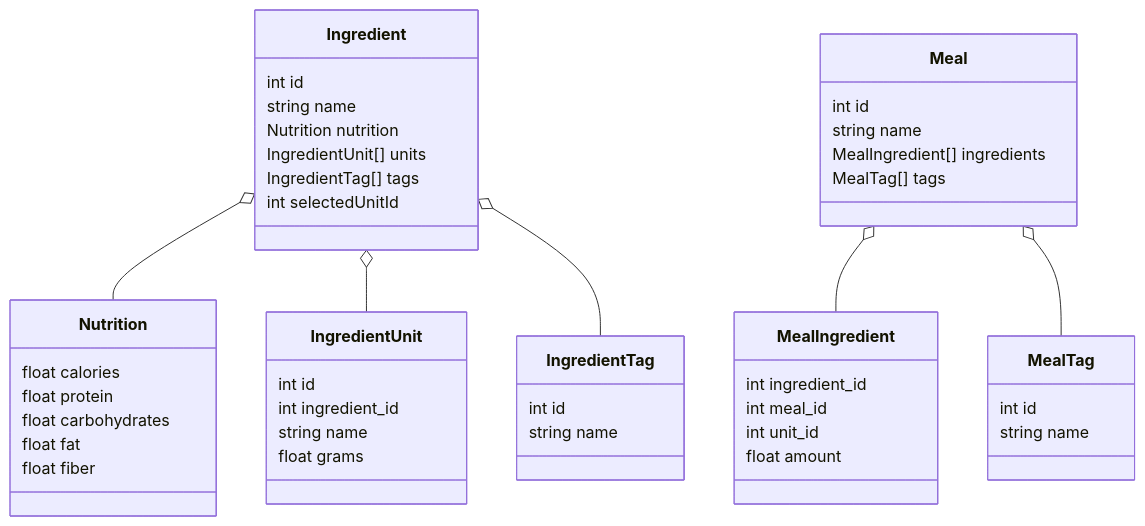
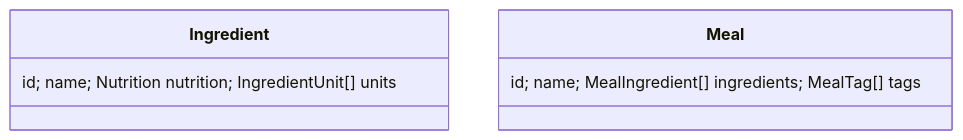
One commit to alexandrugavrila/Nutrition changed the second of 2 diagrams in README.md. Above: the diagram before and after it, drawn with Mermaid. The commit also changed other lines of this file and 1 other file, not shown here.

````diff
--- a/README.md
+++ b/README.md
@@ -261,56 +127,5 @@
 ```mermaid
 classDiagram
-  class Ingredient {
-    int id
-    string name
-    Nutrition nutrition
-    IngredientUnit[] units
-    IngredientTag[] tags
-    int selectedUnitId
-  }
-
-  class IngredientUnit {
-    int id
-    int ingredient_id
-    string name
-    float grams
-  }
-
-  class Nutrition {
-    float calories
-    float protein
-    float carbohydrates
-    float fat
-    float fiber
-  }
-
-  class IngredientTag {
-    int id
-    string name
-  }
-
-  class Meal {
-    int id
-    string name
-    MealIngredient[] ingredients
-    MealTag[] tags
-  }
-
-  class MealIngredient {
-    int ingredient_id
-    int meal_id
-    int unit_id
-    float amount
-  }
-
-  class MealTag {
-    int id
-    string name
-  }
-
-  Ingredient o-- Nutrition
-  Ingredient o-- IngredientUnit
-  Ingredient o-- IngredientTag
-  Meal o-- MealIngredient
-  Meal o-- MealTag
+  class Ingredient { id; name; Nutrition nutrition; IngredientUnit[] units }
+  class Meal { id; name; MealIngredient[] ingredients; MealTag[] tags }
 ```
````
